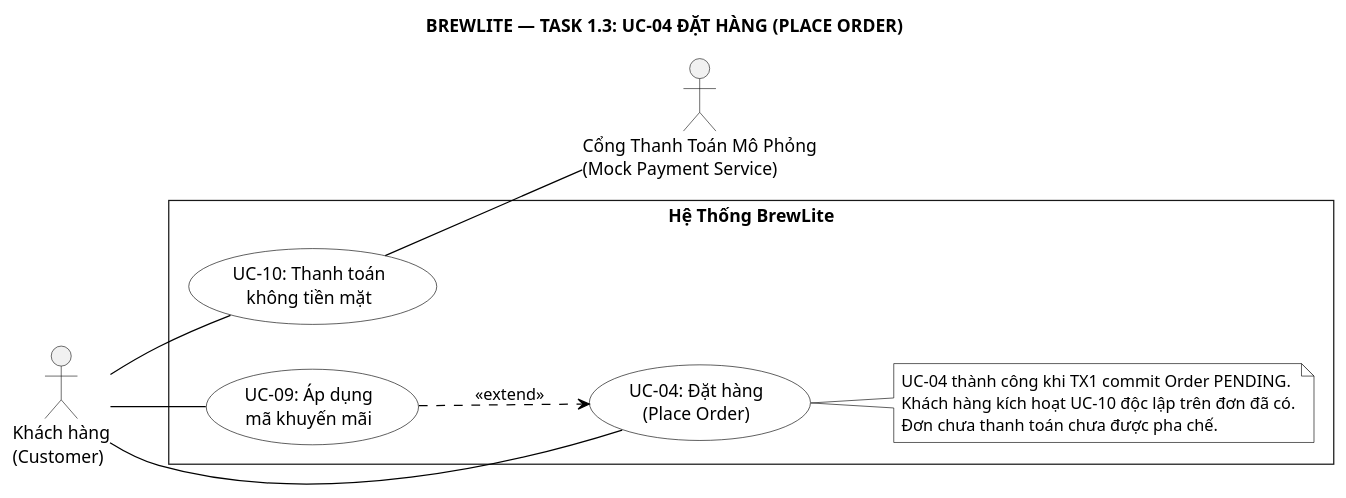
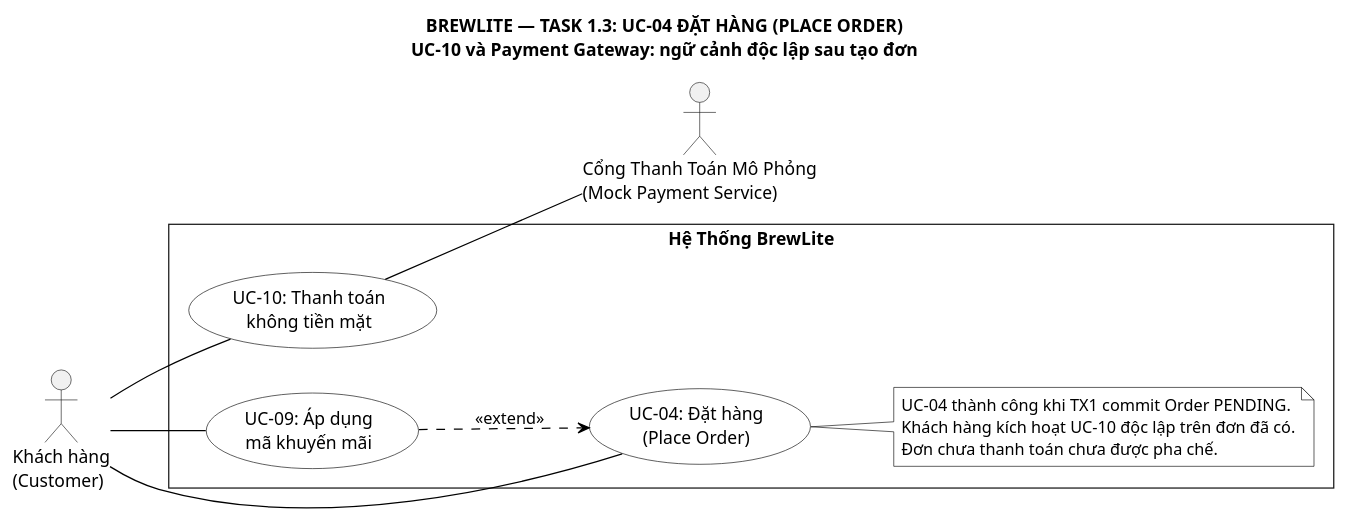
One commit to vohuunghiaah/brewlite changed the diagram in docs/requirements/use-case-place-order.puml. Above: the diagram before and after it, drawn with PlantUML. The commit also changed 4 other files, not shown here.

Commit message:
docs(requirements): clarify Task 1.3 retry gaps and payment authorization

```diff
--- a/docs/requirements/use-case-place-order.puml
+++ b/docs/requirements/use-case-place-order.puml
@@ -1,45 +1,45 @@
 @startuml brewlite-usecase-place-order
 ' BrewLite — Task 1.3 — Đặc tả Use Case Chi tiết UC-04 Đặt hàng
-' Tài liệu tham chiếu: SRS 1.3.2 và REQ-UC-04 v1.3.2
+' Tài liệu tham chiếu: SRS 1.4.0 và REQ-UC-04 v1.4.0
 ' UC-04 tạo đơn PENDING; UC-10 thanh toán độc lập trên đơn đã tồn tại.
 
 skinparam monochrome true
 skinparam shadowing false
 skinparam defaultFontName Arial
 skinparam roundCorner 0
 skinparam usecase {
     BackgroundColor White
     BorderColor Black
     ArrowColor Black
 }
 skinparam note {
     BackgroundColor White
     BorderColor Black
     ArrowColor Black
 }
 left to right direction
 
-title BREWLITE — TASK 1.3: UC-04 ĐẶT HÀNG (PLACE ORDER)
+title BREWLITE — TASK 1.3: UC-04 ĐẶT HÀNG (PLACE ORDER)\nUC-10 và Payment Gateway: ngữ cảnh độc lập sau tạo đơn
 
 actor "Khách hàng\n(Customer)" as Customer
 
 rectangle "Hệ Thống BrewLite" {
     usecase "UC-09: Áp dụng\nmã khuyến mãi" as UC9
     usecase "UC-04: Đặt hàng\n(Place Order)" as UC4
     usecase "UC-10: Thanh toán\nkhông tiền mặt" as UC10
 
     note "UC-04 thành công khi TX1 commit Order PENDING.\nKhách hàng kích hoạt UC-10 độc lập trên đơn đã có.\nĐơn chưa thanh toán chưa được pha chế." as N1
     UC4 .. N1
 }
 
 actor "Cổng Thanh Toán Mô Phỏng\n(Mock Payment Service)" as PaymentGateway
 
 Customer -- UC4
 Customer -- UC10
 Customer -- UC9
 
 UC9 ..> UC4 : <<extend>>
 
 UC10 -- PaymentGateway
 
 @enduml
```
